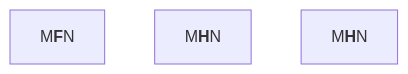
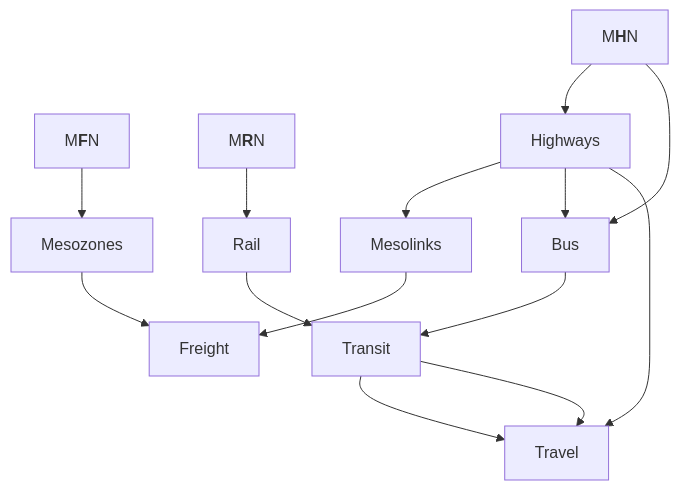
One commit to CMAP-REPOS/mfhrn_programs changed the diagram in README.md. Above: the diagram before and after it, drawn with Mermaid. The commit also changed other lines of this file, not shown here.

````diff
--- a/README.md
+++ b/README.md
@@ -9,6 +8,12 @@
 ```mermaid
 graph TD;
 MFN["`M**F**N`"]
 MHN["`M**H**N`"]
-MRN["`M**H**N`"]
+MRN["`M**R**N`"]
+MFN --> Mesozones --> Freight
+MHN --> Highways --> Mesolinks --> Freight
+MHN --> Bus --> Transit --> Travel
+Highways --> Bus
+Highways --> Travel
+MRN --> Rail --> Transit --> Travel
 ```
````
